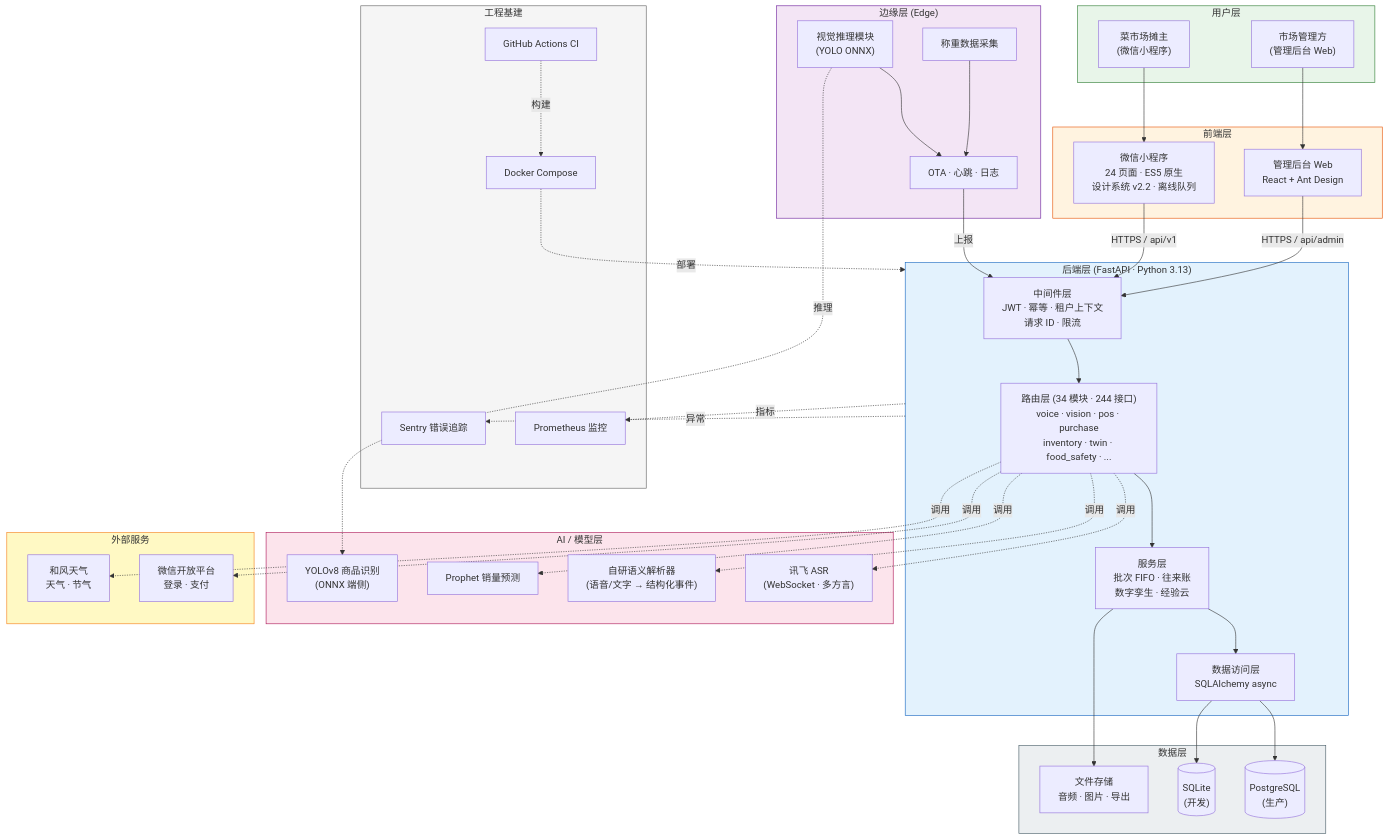
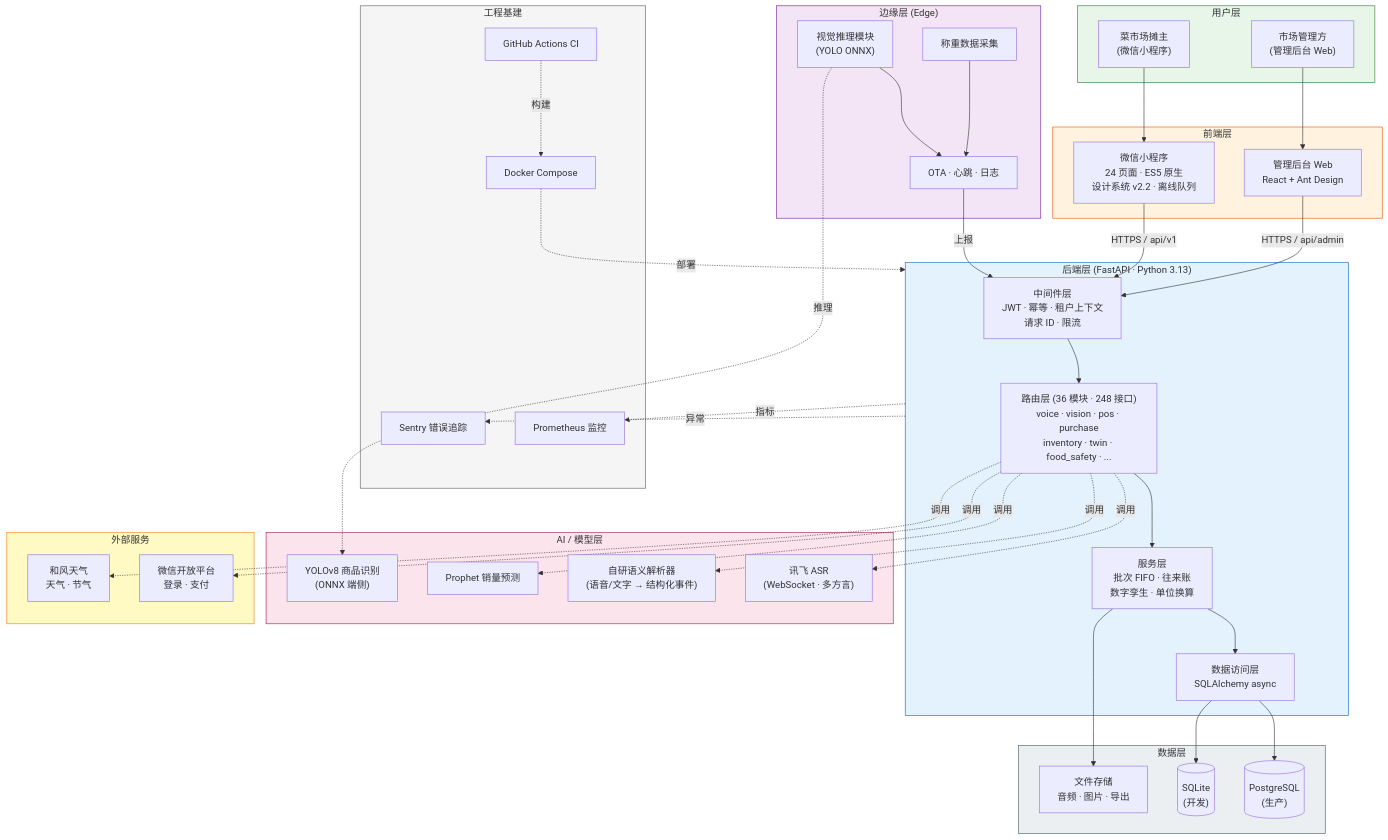
Before and after one commit to zyb460804/qiantanzhinao: the first of 4 diagrams in qiantan-brain/docs/architecture.md, drawn with Mermaid. The commit also changed other lines of this file and 1358 other files, not shown here.

```diff
--- a/qiantan-brain/docs/architecture.md
+++ b/qiantan-brain/docs/architecture.md
@@ -28,8 +28,8 @@
 
     subgraph B["后端层 (FastAPI · Python 3.13)"]
         MW["中间件层<br/>JWT · 幂等 · 租户上下文<br/>请求 ID · 限流"]
-        R["路由层 (34 模块 · 244 接口)<br/>voice · vision · pos · purchase<br/>inventory · twin · food_safety · ..."]
-        S["服务层<br/>批次 FIFO · 往来账<br/>数字孪生 · 经验云"]
+        R["路由层 (36 模块 · 248 接口)<br/>voice · vision · pos · purchase<br/>inventory · twin · food_safety · ..."]
+        S["服务层<br/>批次 FIFO · 往来账<br/>数字孪生 · 单位换算"]
         DAO["数据访问层<br/>SQLAlchemy async"]
     end
 
```
